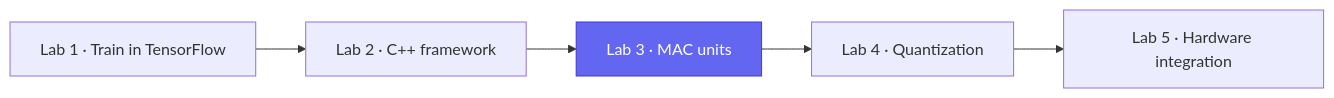
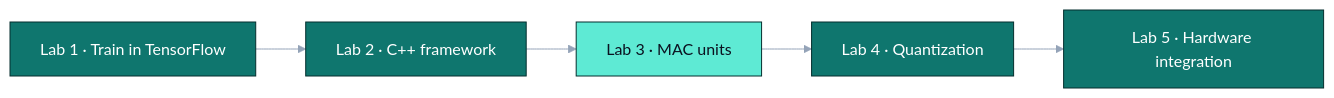
One commit to devjwk/487lab3 changed the first of 2 diagrams in README.md. Above: the diagram before and after it, drawn with Mermaid. The commit also changed other lines of this file, not shown here.

Commit message:
Add concept banner and color theme to README

````diff
--- a/README.md
+++ b/README.md
@@ -48,5 +44,6 @@
 ```mermaid
+%%{init: {"theme": "base", "themeVariables": {"primaryColor": "#0F766E", "primaryTextColor": "#ffffff", "primaryBorderColor": "#042F2E", "lineColor": "#94A3B8", "secondaryColor": "#0F766E", "tertiaryColor": "#042F2E", "clusterBkg": "#F8FAFC", "clusterBorder": "#94A3B8", "edgeLabelBackground": "#F1F5F9", "fontFamily": "ui-sans-serif, system-ui, sans-serif"}}}%%
 flowchart LR
     L1["Lab 1 · Train in TensorFlow"] --> L2["Lab 2 · C++ framework"] --> L3["Lab 3 · MAC units"] --> L4["Lab 4 · Quantization"] --> L5["Lab 5 · Hardware integration"]
-    style L3 fill:#6366F1,color:#ffffff,stroke:#4338CA
+    style L3 fill:#5EEAD4,color:#0B1220,stroke:#042F2E
 ```
````
